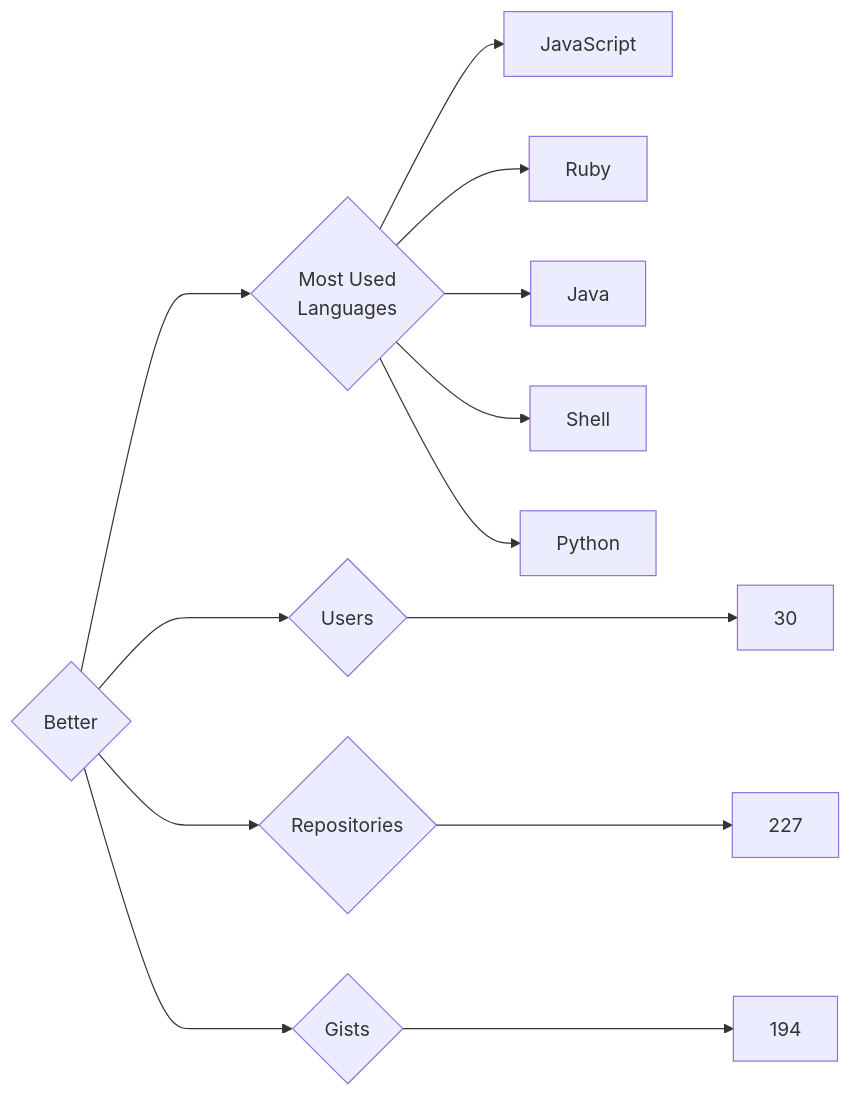
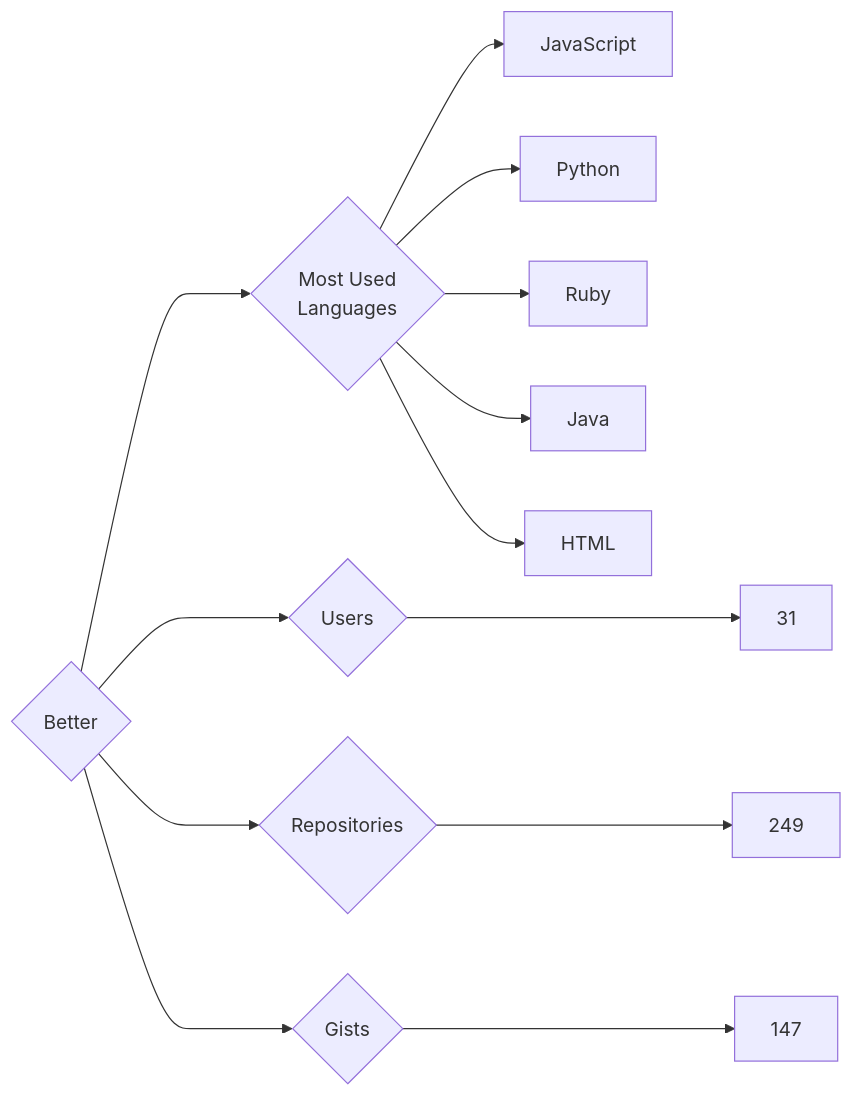
Before and after one commit to trickest/insiders: the diagram in targets/Better/README.md, drawn with Mermaid. The commit also changed 930 other files, not shown here.

````diff
--- a/targets/Better/README.md
+++ b/targets/Better/README.md
@@ -3,13 +3,13 @@
 ```mermaid
 graph LR
 COMPANY_NAME{Better}
-COMPANY_NAME ---> U{Users} ---> UN[30]
-COMPANY_NAME ---> R{Repositories} ---> RN[227]
-COMPANY_NAME ---> G{Gists} ---> GN[194]
+COMPANY_NAME ---> U{Users} ---> UN[31]
+COMPANY_NAME ---> R{Repositories} ---> RN[249]
+COMPANY_NAME ---> G{Gists} ---> GN[147]
 COMPANY_NAME ---> ML{Most Used<br>Languages}
 ML --> JavaScript[JavaScript]
+ML --> Python[Python]
 ML --> Ruby[Ruby]
 ML --> Java[Java]
-ML --> Shell[Shell]
-ML --> Python[Python]
+ML --> HTML[HTML]
 ```
````
